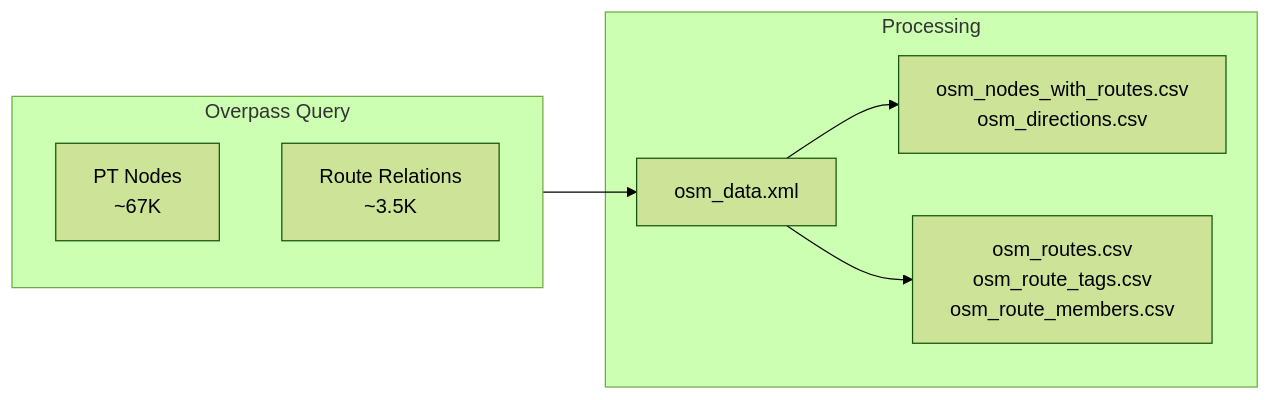
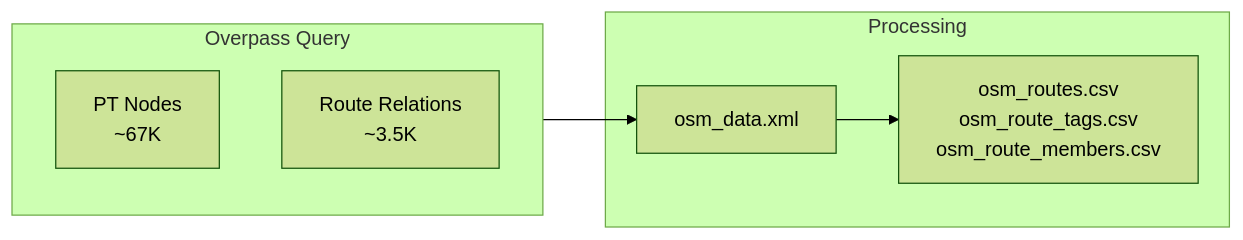
The diagram in documentation/1.3 OSM data.md (openTdataCH/stop_sync_osm_atlas), drawn with Mermaid (forest theme) before and after one commit. The commit also changed other lines of this file and 28 other files, not shown here.

````diff
--- a/documentation/1.3 OSM data.md
+++ b/documentation/1.3 OSM data.md
@@ -16,14 +16,13 @@
 ```mermaid
 flowchart LR
     subgraph Query["Overpass Query"]
         N["PT Nodes<br/>~67K"]
         R["Route Relations<br/>~3.5K"]
     end
     
     subgraph Process["Processing"]
-        X[osm_data.xml] --> P1["osm_nodes_with_routes.csv<br/>osm_directions.csv"]
-        X --> P2["osm_routes.csv<br/>osm_route_tags.csv<br/>osm_route_members.csv"]
+        X[osm_data.xml] --> P2["osm_routes.csv<br/>osm_route_tags.csv<br/>osm_route_members.csv"]
     end
     
     Query --> X
 ```
````
